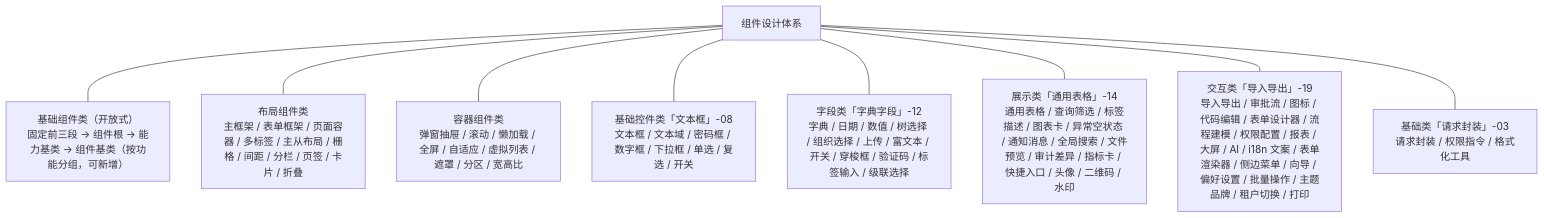
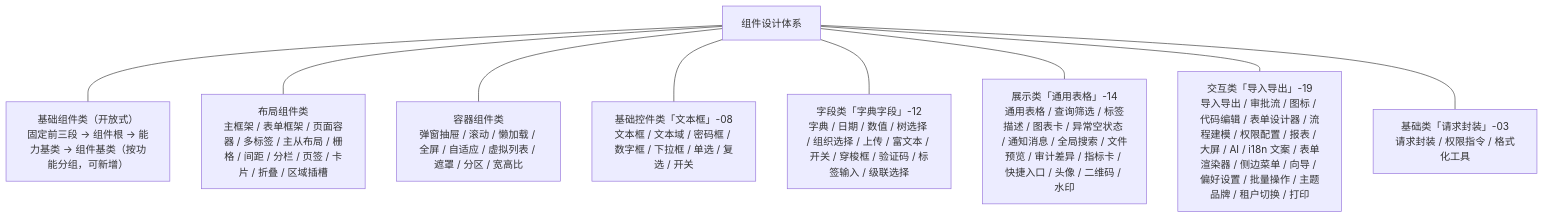
The diagram in bms文档/设计/组件设计/01_组件设计_总览.md (minjian123/basic-management-system), drawn with Mermaid before and after one commit. The commit also changed other lines of this file and 10 other files, not shown here.

````diff
--- a/bms文档/设计/组件设计/01_组件设计_总览.md
+++ b/bms文档/设计/组件设计/01_组件设计_总览.md
@@ -194,20 +195,20 @@
 ```mermaid
 graph TD
     ROOT["组件设计体系"]
     BASE["基础组件类（开放式）<br/>固定前三段 → 组件根 → 能力基类 → 组件基类（按功能分组，可新增）"]
-    LAY["布局组件类<br/>主框架 / 表单框架 / 页面容器 / 多标签 / 主从布局 / 栅格 / 间距 / 分栏 / 页签 / 卡片 / 折叠"]
+    LAY["布局组件类<br/>主框架 / 表单框架 / 页面容器 / 多标签 / 主从布局 / 栅格 / 间距 / 分栏 / 页签 / 卡片 / 折叠 / 区域插槽"]
     BOX["容器组件类<br/>弹窗抽屉 / 滚动 / 懒加载 / 全屏 / 自适应 / 虚拟列表 / 遮罩 / 分区 / 宽高比"]
     CTRL["基础控件类「文本框」-08<br/>文本框 / 文本域 / 密码框 / 数字框 / 下拉框 / 单选 / 复选 / 开关"]
     F["字段类「字典字段」-12<br/>字典 / 日期 / 数值 / 树选择 / 组织选择 / 上传 / 富文本 / 开关 / 穿梭框 / 验证码 / 标签输入 / 级联选择"]
     D["展示类「通用表格」-14<br/>通用表格 / 查询筛选 / 标签描述 / 图表卡 / 异常空状态 / 通知消息 / 全局搜索 / 文件预览 / 审计差异 / 指标卡 / 快捷入口 / 头像 / 二维码 / 水印"]
     I["交互类「导入导出」-19<br/>导入导出 / 审批流 / 图标 / 代码编辑 / 表单设计器 / 流程建模 / 权限配置 / 报表 / 大屏 / AI / i18n 文案 / 表单渲染器 / 侧边菜单 / 向导 / 偏好设置 / 批量操作 / 主题品牌 / 租户切换 / 打印"]
     B["基础类「请求封装」-03<br/>请求封装 / 权限指令 / 格式化工具"]
     ROOT --- BASE
     ROOT --- LAY
     ROOT --- BOX
     ROOT --- CTRL
     ROOT --- F
     ROOT --- D
     ROOT --- I
     ROOT --- B
 ```
````
